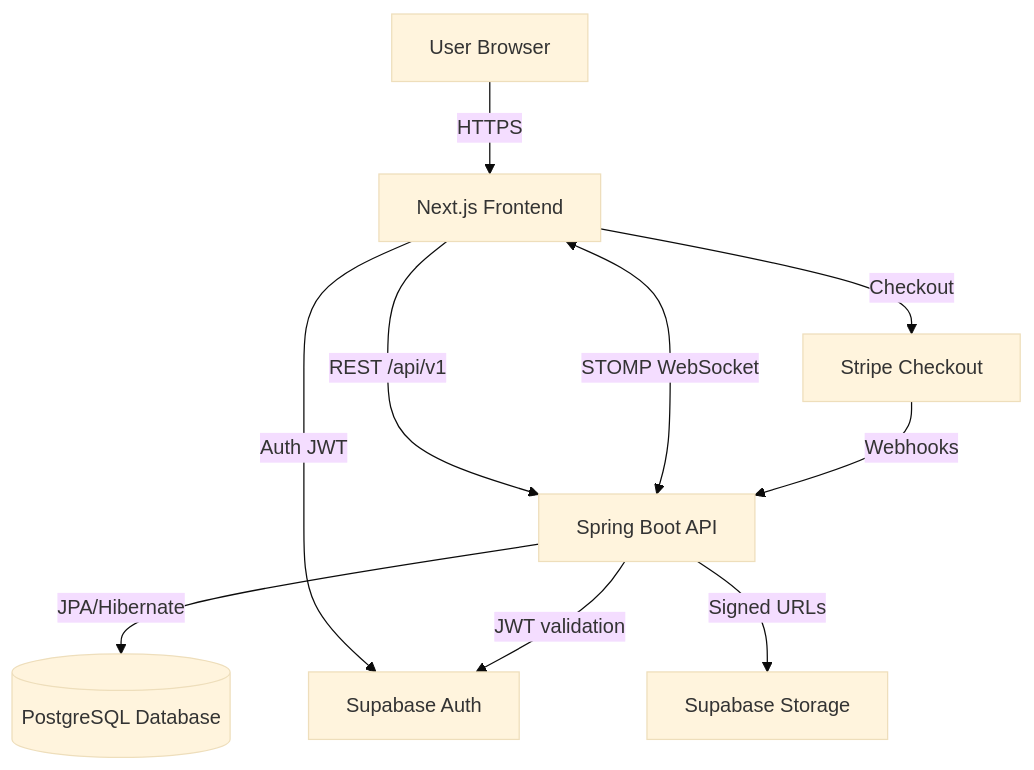
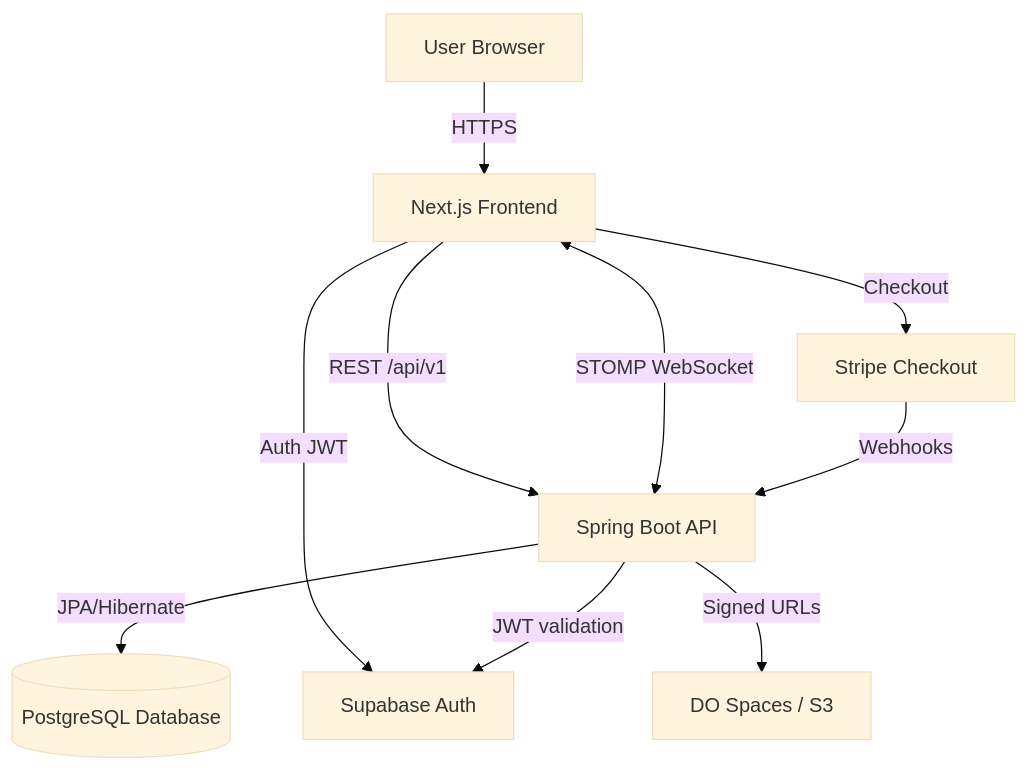
One commit to 10xDeVv/LazyDrop changed the first of 7 diagrams in SYSTEM_DESIGN.md. Above: the diagram before and after it, drawn with Mermaid (base theme). The commit also changed other lines of this file and 5 other files, not shown here.

````diff
--- a/SYSTEM_DESIGN.md
+++ b/SYSTEM_DESIGN.md
@@ -9,14 +9,14 @@
 ```mermaid
 flowchart TB
   U[User Browser] -->|HTTPS| FE[Next.js Frontend]
   FE -->|REST /api/v1| BE[Spring Boot API]
   FE <--> |STOMP WebSocket| BE
 
   BE -->|JPA/Hibernate| DB[(PostgreSQL Database)]
   FE -->|Auth JWT| SBAuth[Supabase Auth]
   BE -->|JWT validation| SBAuth
-  BE -->|Signed URLs| SBStore[Supabase Storage]
+  BE -->|Signed URLs| SBStore[DO Spaces / S3]
 
   FE -->|Checkout| Stripe[Stripe Checkout]
   Stripe -->|Webhooks| BE
 ```
````
